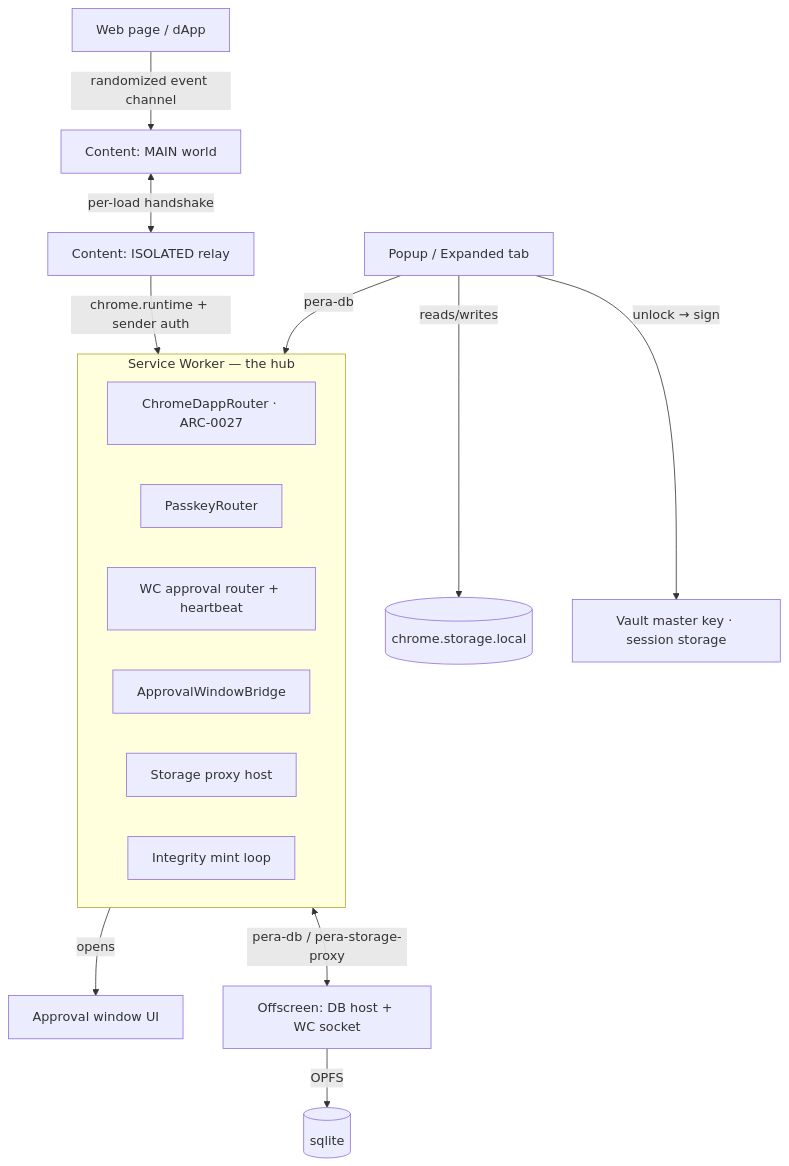
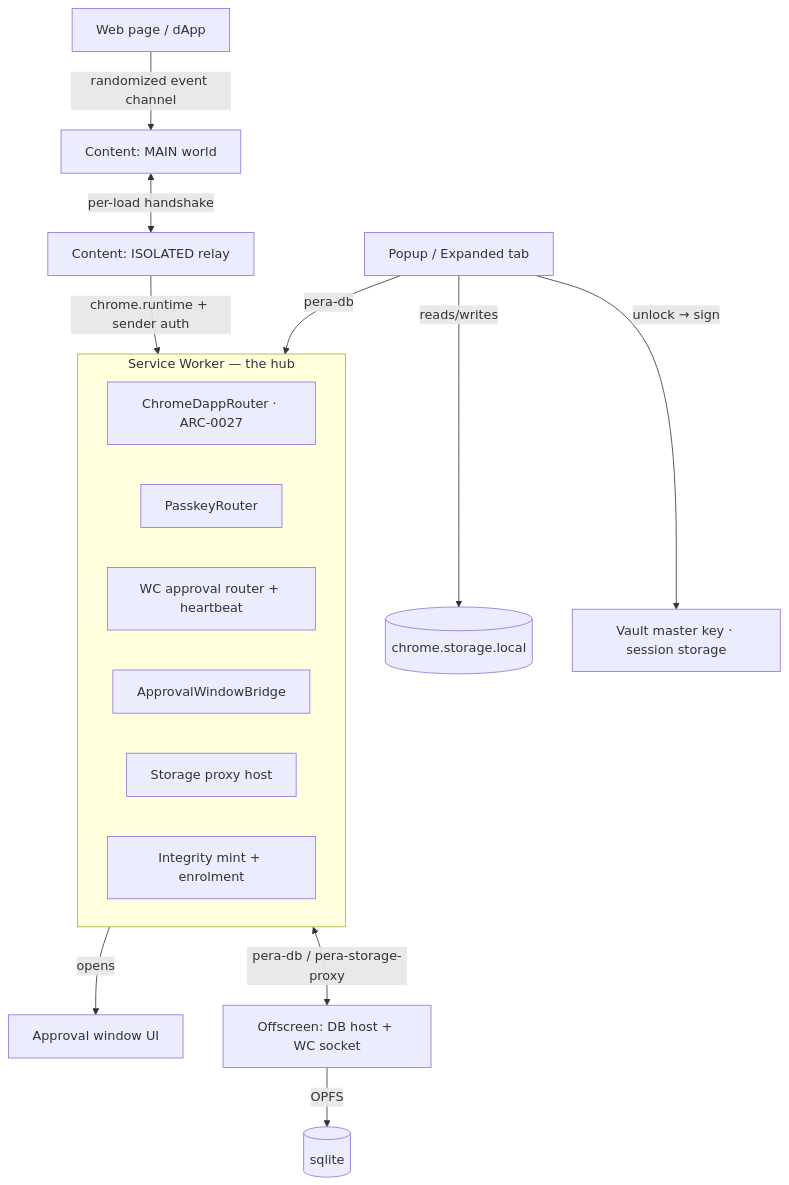
Before and after one commit to perawallet/pera-react-native: the diagram in docs/BROWSER_ARCHITECTURE.md, drawn with Mermaid. The commit also changed other lines of this file and 1 other file, not shown here.

````diff
--- a/docs/BROWSER_ARCHITECTURE.md
+++ b/docs/BROWSER_ARCHITECTURE.md
@@ -40,22 +40,22 @@
 ```mermaid
 graph TD
     PAGE[Web page / dApp] -->|randomized event channel| CS_MAIN[Content: MAIN world]
     CS_MAIN <-->|per-load handshake| CS_ISO[Content: ISOLATED relay]
     CS_ISO -->|chrome.runtime + sender auth| SW
 
     subgraph SW [Service Worker — the hub]
       DAPP[ChromeDappRouter · ARC-0027]
       PASSKEY[PasskeyRouter]
       WCR[WC approval router + heartbeat]
       APPROVALS[ApprovalWindowBridge]
       STOREPROXY[Storage proxy host]
-      INTEG[Integrity mint loop]
+      INTEG[Integrity mint + enrolment]
     end
 
     SW -->|opens| APPROVALWIN[Approval window UI]
     SW <-->|pera-db / pera-storage-proxy| OFF[Offscreen: DB host + WC socket]
     OFF -->|OPFS| SQLITE[(sqlite)]
     UI[Popup / Expanded tab] -->|pera-db| SW
     UI -->|reads/writes| LOCAL[(chrome.storage.local)]
     UI -->|unlock → sign| VAULT[Vault master key · session storage]
 ```
````
